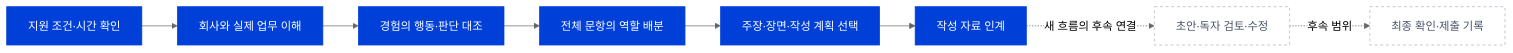
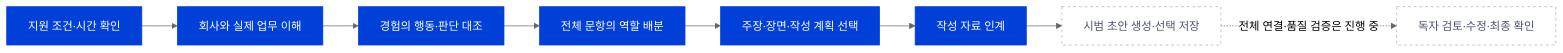
The diagram in README.md (yoon-chan-hyeok/career-harness-v2), drawn with Mermaid (neutral theme) before and after one commit. The commit also changed other lines of this file and 2 other files, not shown here.

````diff
--- a/README.md
+++ b/README.md
@@ -31,14 +31,14 @@
 ```mermaid
 flowchart LR
     A["지원 조건·시간 확인"] --> B["회사와 실제 업무 이해"]
     B --> C["경험의 행동·판단 대조"]
     C --> D["전체 문항의 역할 배분"]
     D --> E["주장·장면·작성 계획 선택"]
     E --> F["작성 자료 인계"]
-    F -. "새 흐름의 후속 연결" .-> G["초안·독자 검토·수정"]
-    G -. "후속 범위" .-> H["최종 확인·제출 기록"]
+    F --> G["시범 초안 생성·선택 저장"]
+    G -. "전체 연결·품질 검증은 진행 중" .-> H["독자 검토·수정·최종 확인"]
     classDef connected fill:#0040d9,color:#fff,stroke:#0040d9;
     classDef future fill:#fff,color:#49546a,stroke:#a8b2c5,stroke-dasharray:4 4;
     class A,B,C,D,E,F connected;
     class G,H future;
 ```
````
